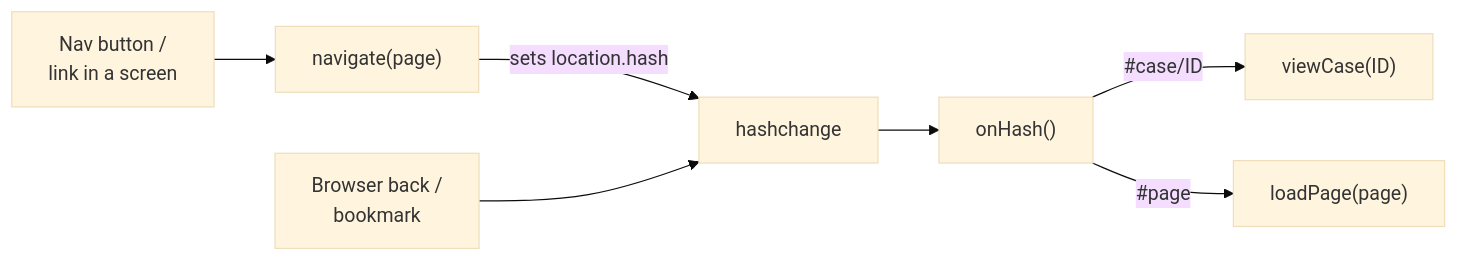
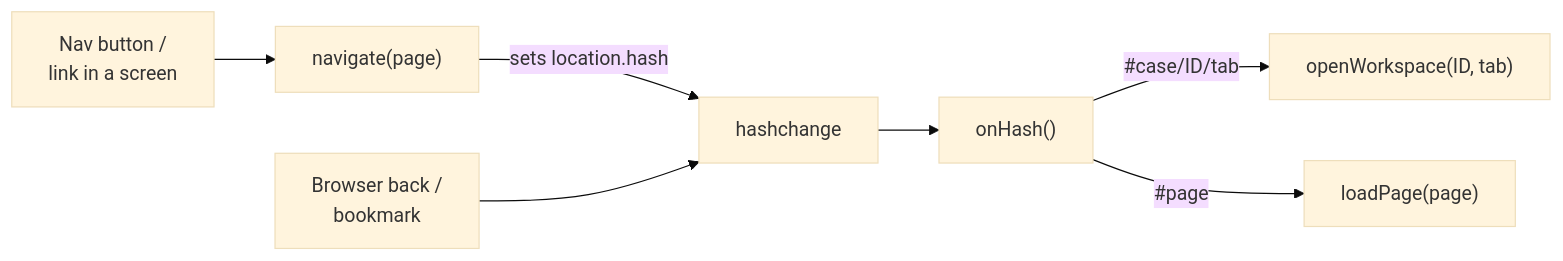
Before and after one commit to shireesh-git/digital-lending: the second of 5 diagrams in docs/FRONTEND_BACKEND_INTEGRATION.md, drawn with Mermaid (base theme). The commit also changed other lines of this file and 33 other files, not shown here.

````diff
--- a/docs/FRONTEND_BACKEND_INTEGRATION.md
+++ b/docs/FRONTEND_BACKEND_INTEGRATION.md
@@ -74,9 +74,9 @@
 ```mermaid
 flowchart LR
     CLICK["Nav button /<br/>link in a screen"] --> NAV["navigate(page)"]
     NAV -- "sets location.hash" --> HASH["hashchange"]
     BACK["Browser back /<br/>bookmark"] --> HASH
     HASH --> ONHASH["onHash()"]
-    ONHASH -- "#case/ID" --> VIEW["viewCase(ID)"]
+    ONHASH -- "#case/ID/tab" --> VIEW["openWorkspace(ID, tab)"]
     ONHASH -- "#page" --> LOAD["loadPage(page)"]
 ```
````
